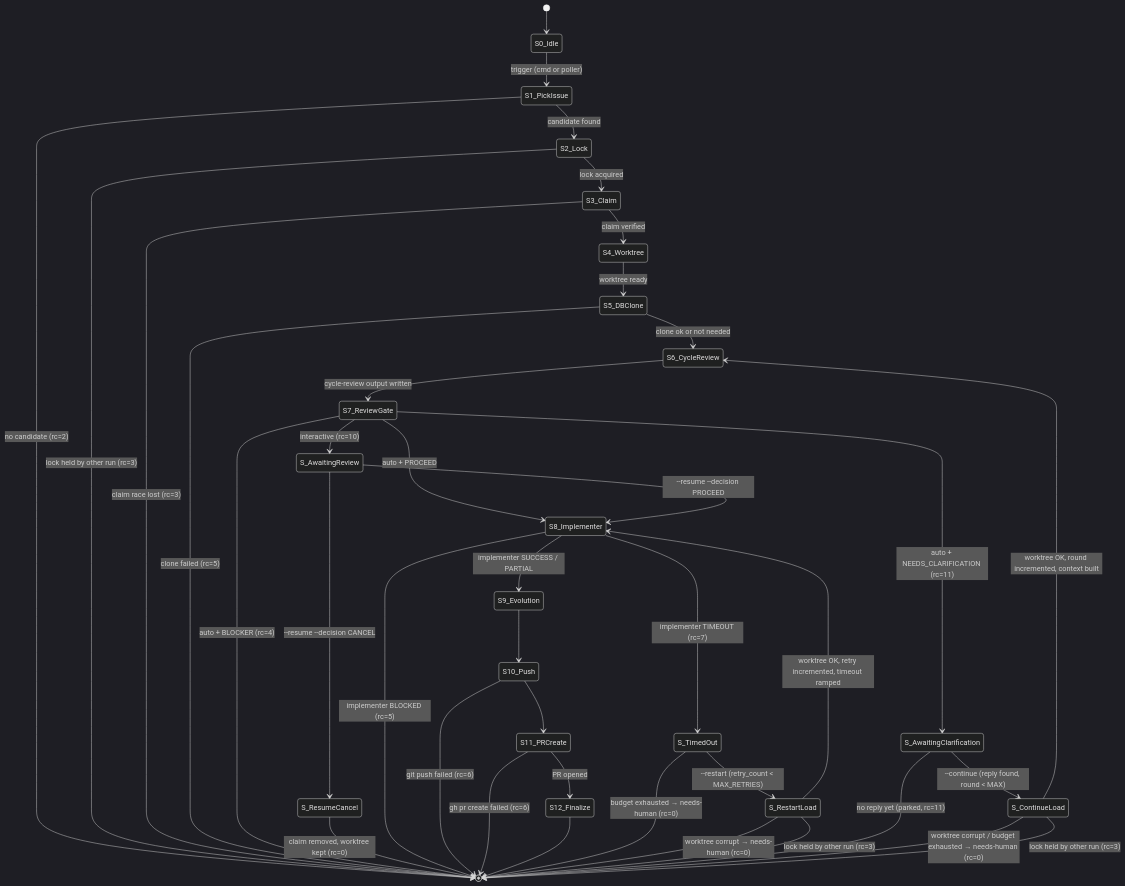
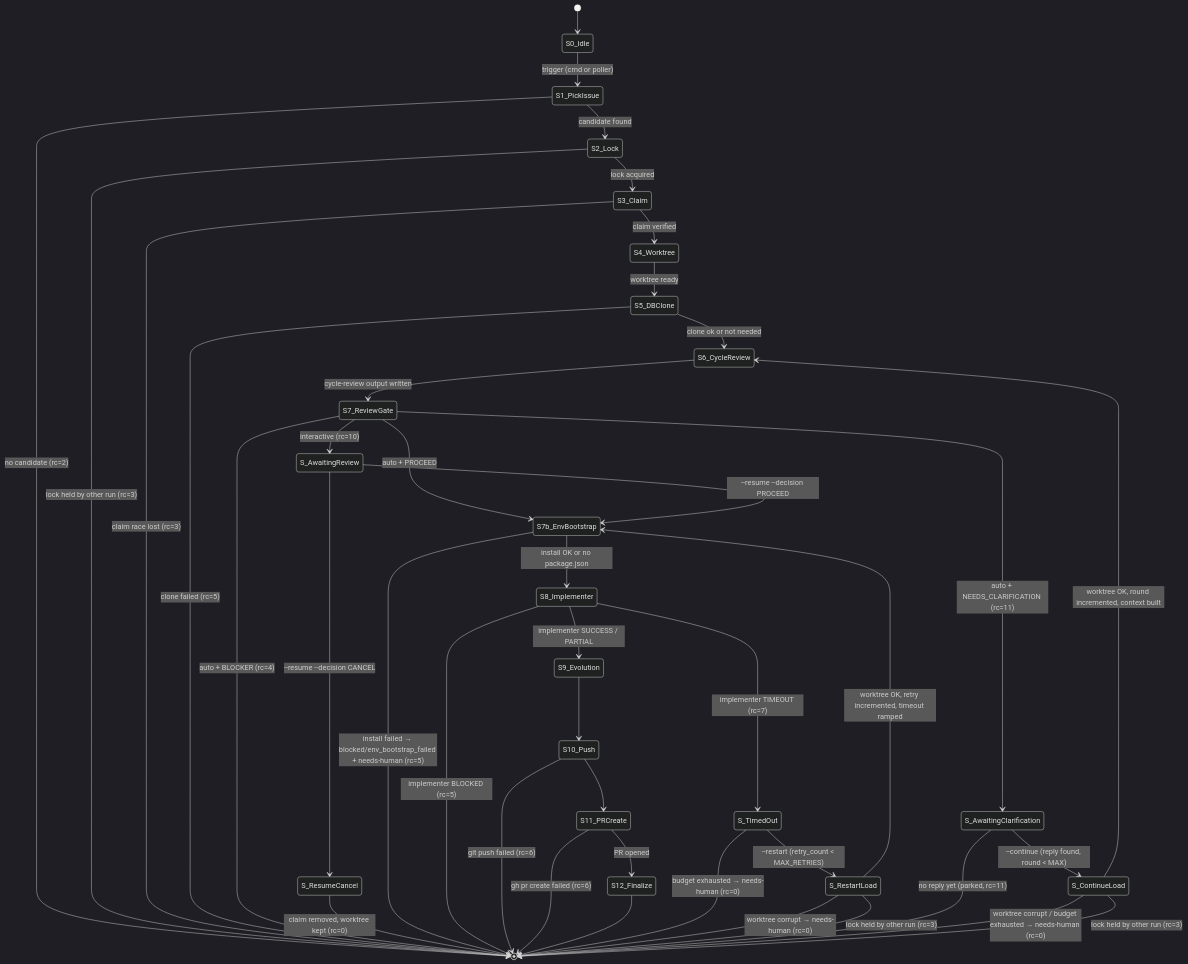
One commit to Silon-Oy/silon-issue-runner changed the diagram in docs/diagrams/run-issues-state-machine.mmd. Above: the diagram before and after it, drawn with Mermaid (dark theme). The commit also changed 3 other files, not shown here.

First line of the commit message:
feat(run-issues): fail-fast env bootstrap + machine-local secret provisioning

```diff
--- a/docs/diagrams/run-issues-state-machine.mmd
+++ b/docs/diagrams/run-issues-state-machine.mmd
@@ -1,88 +1,101 @@
 %% /run-issues orchestrator — state machine
 %% Source of truth for orchestrate.sh control flow. Update both together.
 %%
 %% Two-phase resume-capable machine:
 %%   Phase A (S1..S6) runs from start. Review gate (S7) either decides
 %%   automatically (RUN_ISSUES_AUTO=1) and continues to Phase B in the
 %%   same invocation, or exits 10 ("awaiting_review") preserving lock +
 %%   claim + worktree. A separate --resume <run-dir> --decision
 %%   PROCEED|CANCEL invocation jumps to Phase B (S8..S12) or to
 %%   resume_cancel.
 stateDiagram-v2
     [*] --> S0_Idle
 
     %% ----- Phase A: pick → cycle-review -----
     S0_Idle --> S1_PickIssue: trigger (cmd or poller)
     S1_PickIssue --> S2_Lock: candidate found
     S1_PickIssue --> [*]: no candidate (rc=2)
 
     S2_Lock --> S3_Claim: lock acquired
     S2_Lock --> [*]: lock held by other run (rc=3)
 
     S3_Claim --> S4_Worktree: claim verified
     S3_Claim --> [*]: claim race lost (rc=3)
 
     S4_Worktree --> S5_DBClone: worktree ready
     S5_DBClone --> S6_CycleReview: clone ok or not needed
     S5_DBClone --> [*]: clone failed (rc=5)
 
     %% S6_CycleReview merges the GoodReason Strategist (Σ/χ) and Architect
     %% (β/τ) roles into one prompt (prompts/01-cycle-review.md) — there is no
     %% separate Architect call. Deliberate simplification; see CLAUDE.md.
     S6_CycleReview --> S7_ReviewGate: cycle-review output written
 
     %% ----- Review gate: auto resolves in-process; interactive exits 10 -----
-    S7_ReviewGate --> S8_Implementer: auto + PROCEED
+    S7_ReviewGate --> S7b_EnvBootstrap: auto + PROCEED
     S7_ReviewGate --> [*]: auto + BLOCKER (rc=4)
     S7_ReviewGate --> S_AwaitingClarification: auto + NEEDS_CLARIFICATION (rc=11)
     S7_ReviewGate --> S_AwaitingReview: interactive (rc=10)
 
     %% ----- Resume entry from awaiting_review -----
-    S_AwaitingReview --> S8_Implementer: --resume --decision PROCEED
+    S_AwaitingReview --> S7b_EnvBootstrap: --resume --decision PROCEED
     S_AwaitingReview --> S_ResumeCancel: --resume --decision CANCEL
     S_ResumeCancel --> [*]: claim removed, worktree kept (rc=0)
+
+    %% ----- S7b: fail-fast env bootstrap before the implementer -----
+    %% Installs the worktree's dependencies (package manager detected from the
+    %% root lockfile: pnpm-lock.yaml/yarn.lock/package-lock.json). This turns an
+    %% environment obstacle (e.g. a missing GITHUB_TOKEN that breaks private
+    %% @scope/* installs from GitHub Packages) into an immediate, diagnosable
+    %% blocked run instead of a silent implementer timeout that burns the whole
+    %% budget. No package.json -> no-op (the dotfiles repo itself). On every path
+    %% that reaches phase_b (start, --resume, --restart, --continue) this is the
+    %% single chokepoint before S8. Secrets come from a machine-local, gitignored
+    %% env file (~/.config/run-issues/env) sourced at startup — never the repo.
+    S7b_EnvBootstrap --> S8_Implementer: install OK or no package.json
+    S7b_EnvBootstrap --> [*]: install failed → blocked/env_bootstrap_failed + needs-human (rc=5)
 
     %% ----- Phase B: implementer → PR -----
     S8_Implementer --> S9_Evolution: implementer SUCCESS / PARTIAL
     S8_Implementer --> [*]: implementer BLOCKED (rc=5)
     %% Timeout (claude rc=124, or a hard-kill caught by the cleanup trap):
     %% finalize status=timed_out + timeout_phase=S8_Implementer, exit 7. The
     %% per-run current_state field (written by enter_state at every step) is the
     %% durable record the trap reads to detect a non-terminal S8.
     S8_Implementer --> S_TimedOut: implementer TIMEOUT (rc=7)
     S9_Evolution --> S10_Push
     S10_Push --> S11_PRCreate
     S10_Push --> [*]: git push failed (rc=6)
     S11_PRCreate --> S12_Finalize: PR opened
     S11_PRCreate --> [*]: gh pr create failed (rc=6)
     S12_Finalize --> [*]
 
     %% ----- Timeout auto-restart loop -----
     %% A timed_out run is picked up by poller.sh's scan_timed_out (or a manual
     %% --restart) and re-enters Phase B with a ramped, capped timeout
     %% (base*(1+retry_count), cap RUN_ISSUES_CLAUDE_TIMEOUT_MAX). retry_count is
     %% incremented BEFORE the claude call so the spend is durable under the lock.
     %% Restart skips pick/claim — the lock + GitHub assignee persist.
     S_TimedOut --> S_RestartLoad: --restart (retry_count < MAX_RETRIES)
     S_TimedOut --> [*]: budget exhausted → needs-human (rc=0)
-    S_RestartLoad --> S8_Implementer: worktree OK, retry incremented, timeout ramped
+    S_RestartLoad --> S7b_EnvBootstrap: worktree OK, retry incremented, timeout ramped
     S_RestartLoad --> [*]: worktree corrupt → needs-human (rc=0)
     S_RestartLoad --> [*]: lock held by other run (rc=3)
 
     %% ----- Clarification answer-and-continue loop -----
     %% NEEDS_CLARIFICATION parks the run as status=awaiting_clarification (rc=11):
     %% lock released, GitHub assignee + waiting label kept. The situation comment
     %% embeds an awaiting-answer marker (ts). poller.sh's scan_answered (host gate,
     %% round < MAX_CLARIFICATIONS) detects maintainer's reply by timestamp (detect_answer:
     %% createdAt > marker ts AND body lacks the run-issues: token) and launches
     %% orchestrate.sh --continue <run-dir> in a run-issues-continue-<issue> session.
     %% --continue re-runs S6 (run_cycle_review) with CLARIFICATION_CONTEXT built from
     %% the reply; clarification_round is incremented BEFORE the claude call.
     S_AwaitingClarification --> S_ContinueLoad: --continue (reply found, round < MAX)
     S_AwaitingClarification --> [*]: no reply yet (parked, rc=11)
     S_ContinueLoad --> S6_CycleReview: worktree OK, round incremented, context built
     S_ContinueLoad --> [*]: worktree corrupt / budget exhausted → needs-human (rc=0)
     S_ContinueLoad --> [*]: lock held by other run (rc=3)
     %% Re-run outcomes feed straight back through S7_ReviewGate:
     %%   PROCEED → remove waiting label → Phase B; still NEEDS_CLARIFICATION →
     %%   re-park (round+1, rc=11); BLOCKER → needs-human (rc=4, no loop).
```
